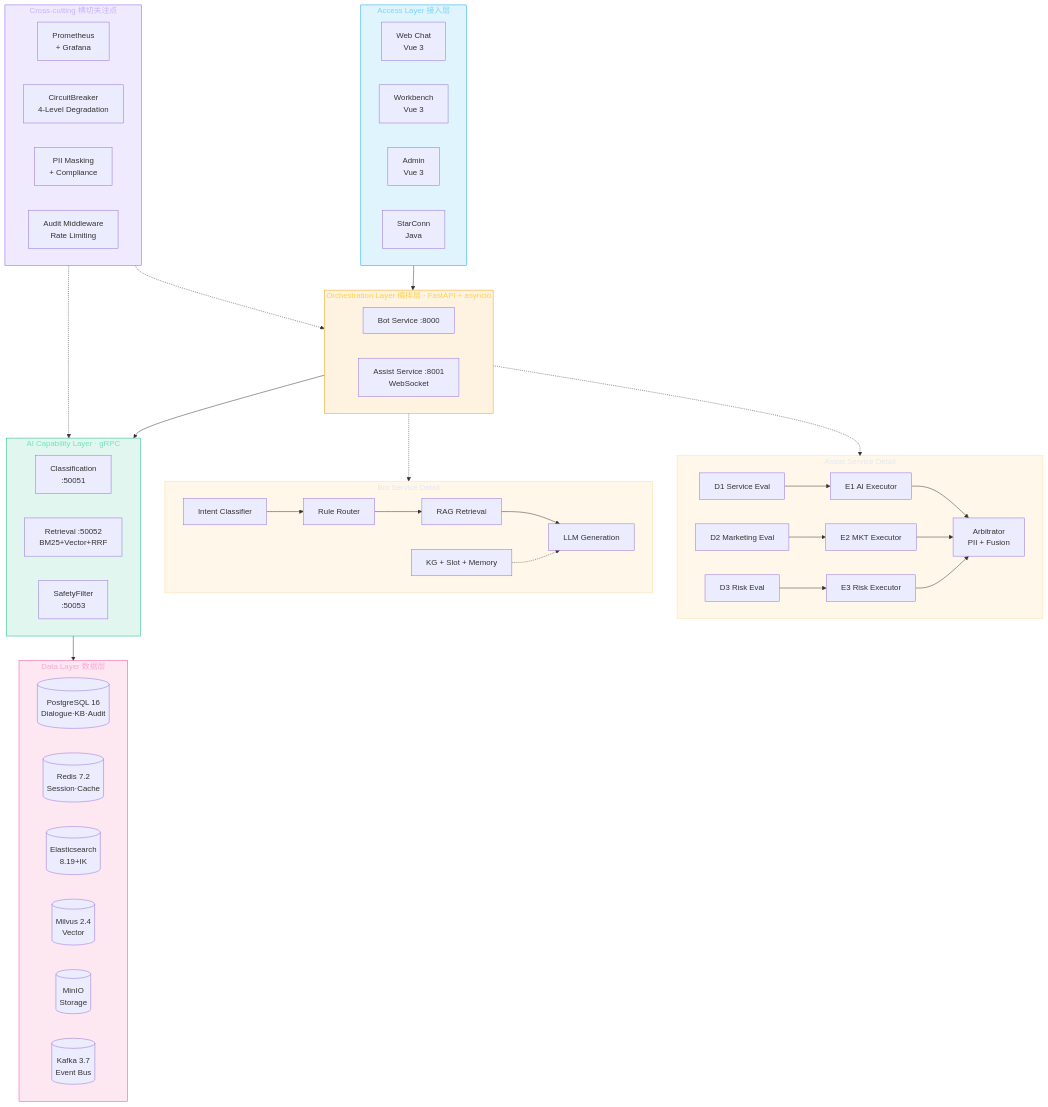
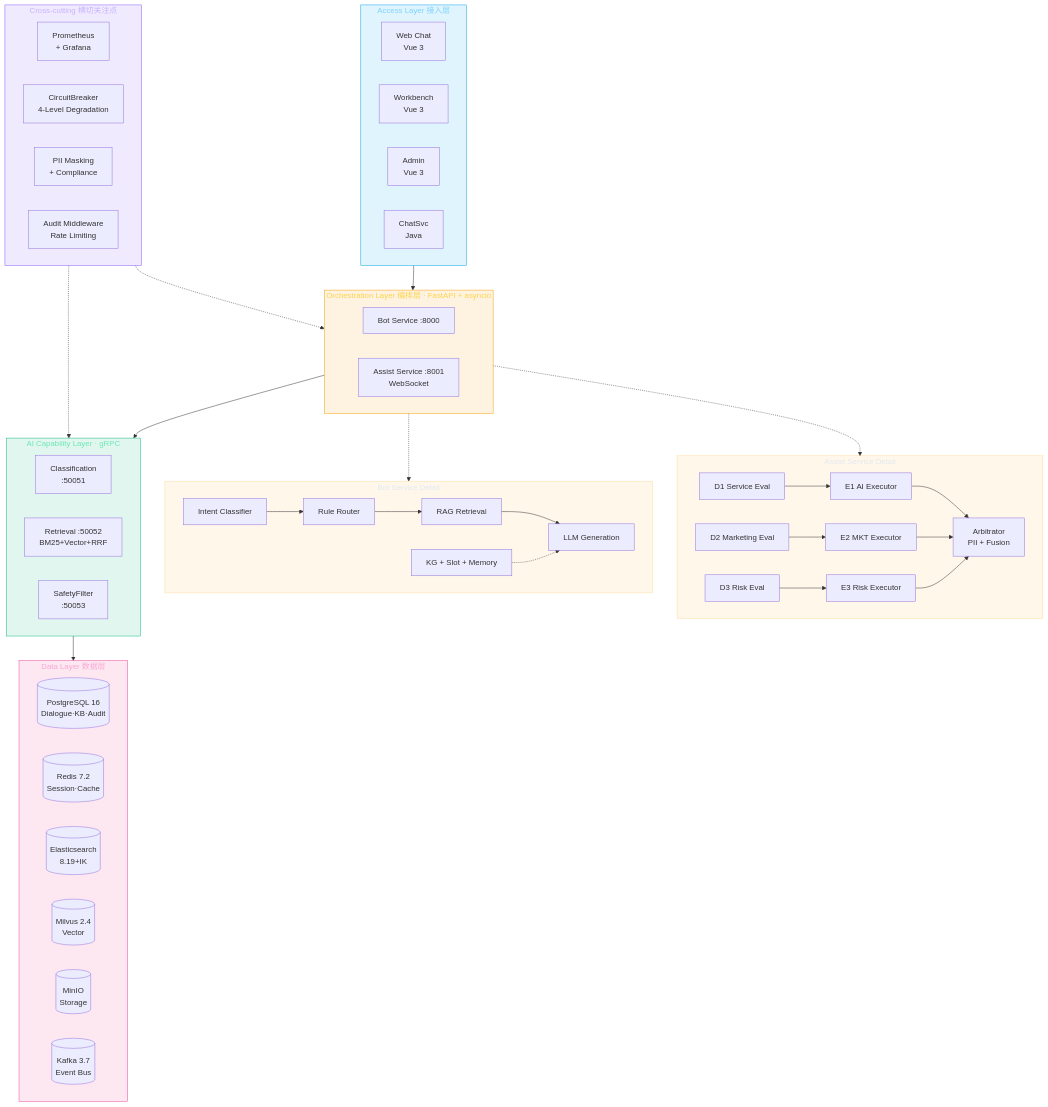
One commit to slowleelab/QingQue changed the diagram in README.md. Above: the diagram before and after it, drawn with Mermaid. The commit also changed other lines of this file and 40 other files, not shown here.

First line of the commit message:
refactor(chat-svc): rename star_client.* → chat_client.* + 41 main-repo cross-refs

```diff
--- a/README.md
+++ b/README.md
@@ -22,7 +22,7 @@
         A1["Web Chat<br/>Vue 3"]
         A2["Workbench<br/>Vue 3"]
         A3["Admin<br/>Vue 3"]
-        A4["StarConn<br/>Java"]
+        A4["ChatSvc<br/>Java"]
     end
 
     subgraph ORCH["Orchestration Layer 编排层 · FastAPI + asyncio"]
```
